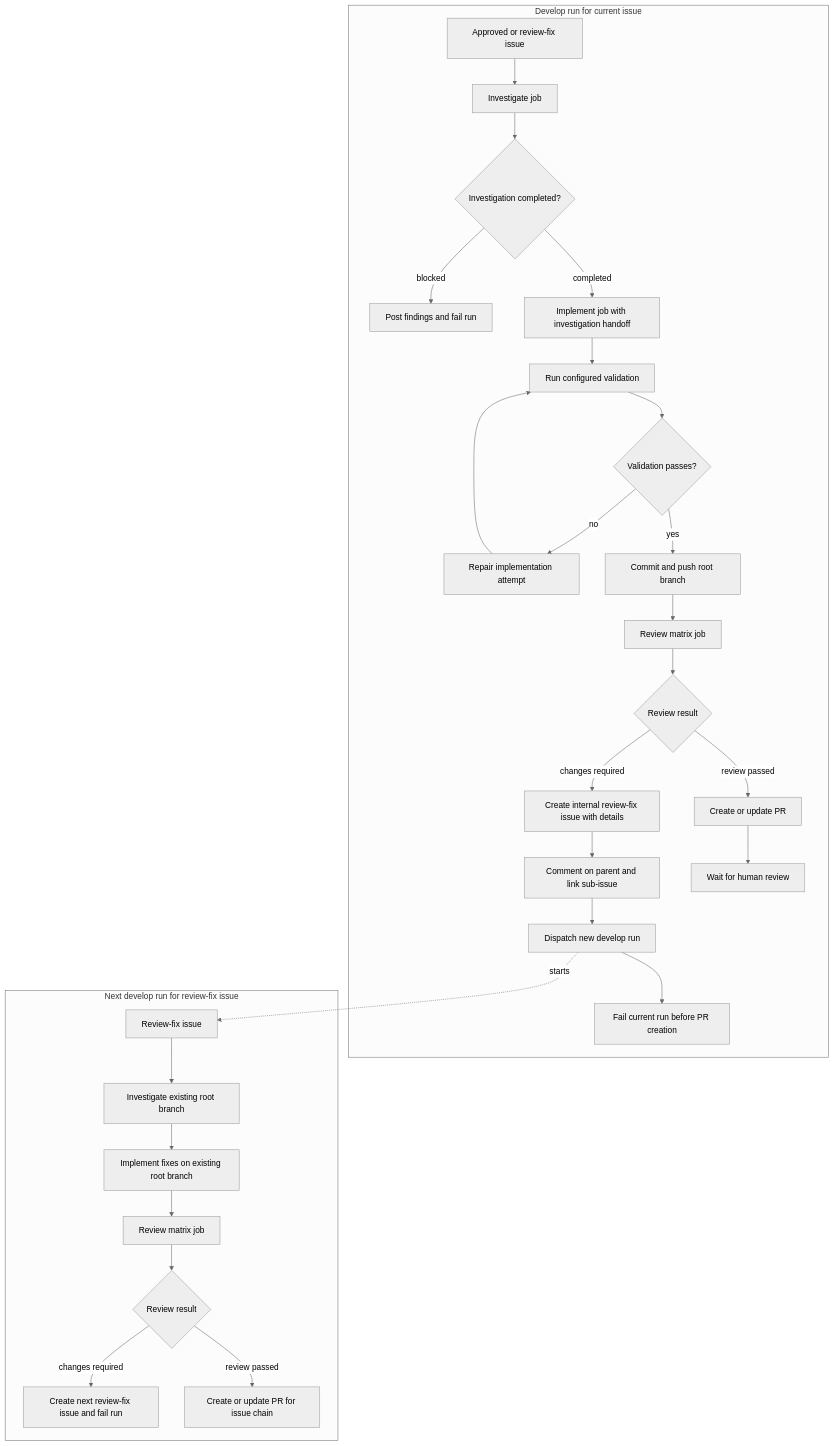
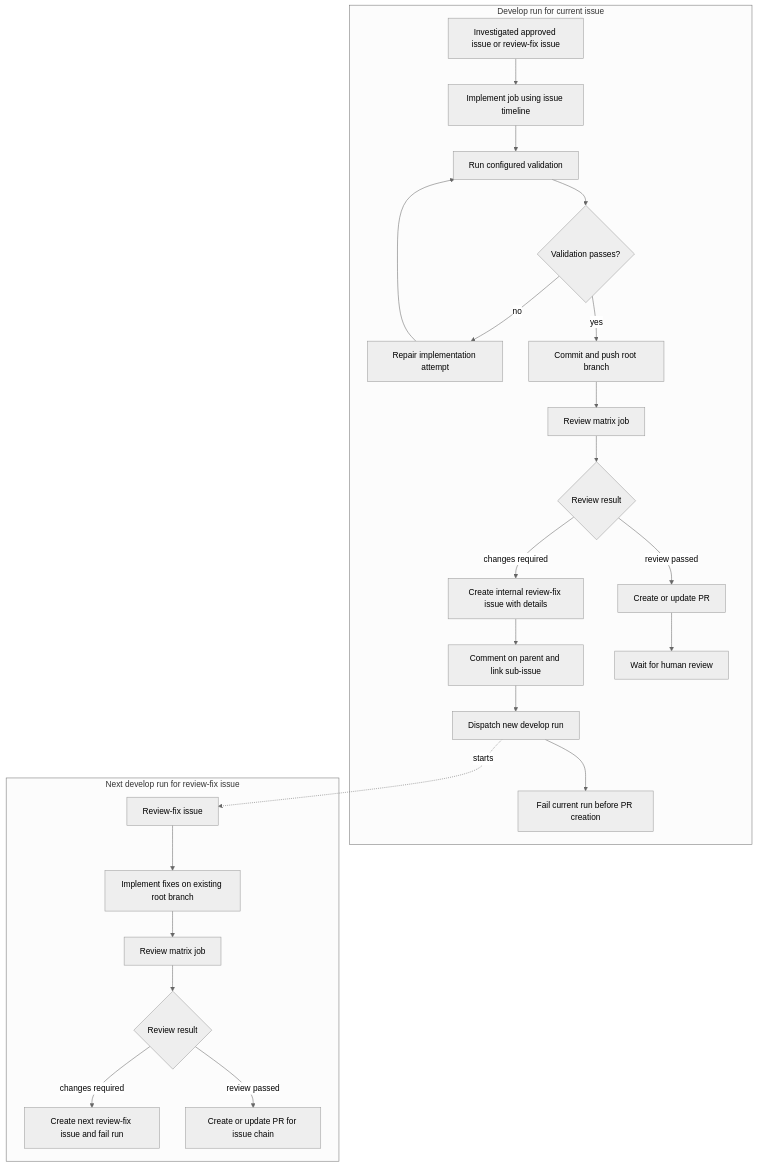
The third of 6 diagrams in docs/WORKFLOW.md (markhuangai/git-vibe), drawn with Mermaid (neutral theme) before and after one commit. The commit also changed other lines of this file and 17 other files, not shown here.

````diff
--- a/docs/WORKFLOW.md
+++ b/docs/WORKFLOW.md
@@ -142,33 +174,29 @@
 ```mermaid
 flowchart TD
   subgraph ParentRun[Develop run for current issue]
-    A[Approved or review-fix issue] --> B[Investigate job]
-    B --> C{Investigation completed?}
-    C -->|blocked| D[Post findings and fail run]
-    C -->|completed| E[Implement job with investigation handoff]
+    A[Investigated approved issue or review-fix issue] --> E[Implement job using issue timeline]
     E --> F[Run configured validation]
     F --> G{Validation passes?}
     G -->|no| H[Repair implementation attempt]
     H --> F
     G -->|yes| I[Commit and push root branch]
     I --> J[Review matrix job]
     J --> K{Review result}
     K -->|changes required| L[Create internal review-fix issue with details]
     L --> M[Comment on parent and link sub-issue]
     M --> N[Dispatch new develop run]
     N --> O[Fail current run before PR creation]
     K -->|review passed| P[Create or update PR]
     P --> Q[Wait for human review]
   end
 
   subgraph FollowUpRun[Next develop run for review-fix issue]
-    R[Review-fix issue] --> S[Investigate existing root branch]
-    S --> T[Implement fixes on existing root branch]
+    R[Review-fix issue] --> T[Implement fixes on existing root branch]
     T --> U[Review matrix job]
     U --> V{Review result}
     V -->|changes required| W[Create next review-fix issue and fail run]
     V -->|review passed| X[Create or update PR for issue chain]
   end
 
   N -. starts .-> R
 ```
````
